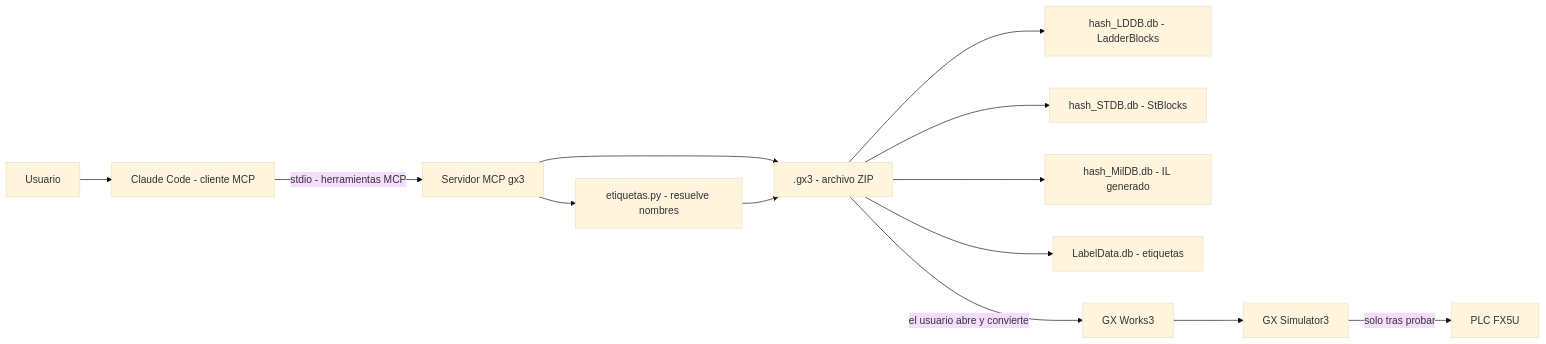
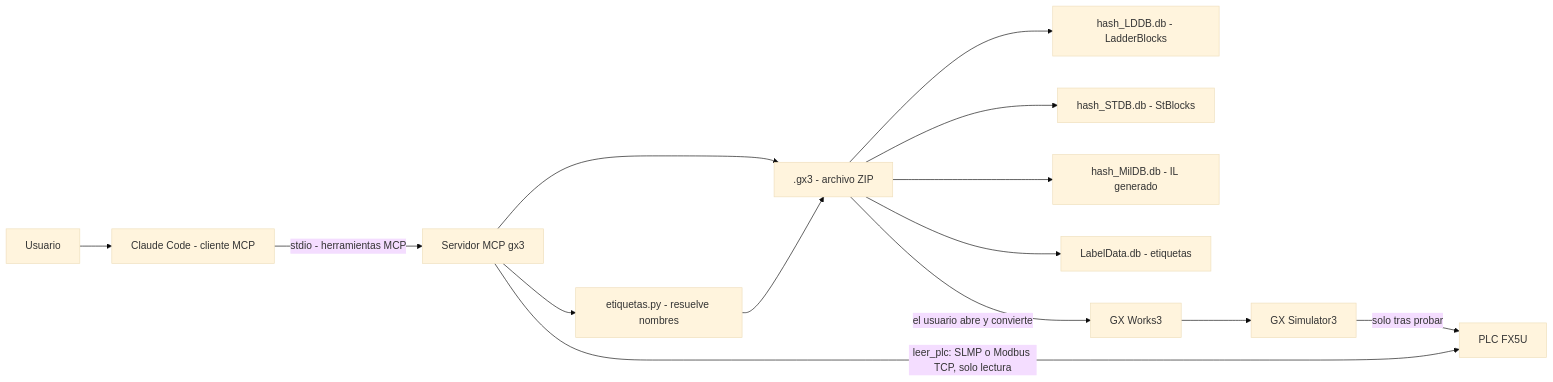
Before and after one commit to LegnA12/gx3-mcp: the second of 6 diagrams in README.md, drawn with Mermaid (base theme). The commit also changed other lines of this file and 3 other files, not shown here.

First line of the commit message:
feat: lectura en vivo del PLC por SLMP y Modbus/TCP

````diff
--- a/README.md
+++ b/README.md
@@ -119,15 +172,16 @@
 ```mermaid
 flowchart LR
     U["Usuario"] --> C["Claude Code - cliente MCP"]
     C -->|"stdio - herramientas MCP"| S["Servidor MCP gx3"]
     S --> E["etiquetas.py - resuelve nombres"]
     S --> Z[".gx3 - archivo ZIP"]
     E --> Z
     Z --> L["hash_LDDB.db - LadderBlocks"]
     Z --> T["hash_STDB.db - StBlocks"]
     Z --> M["hash_MilDB.db - IL generado"]
     Z --> D["LabelData.db - etiquetas"]
     Z -->|"el usuario abre y convierte"| G["GX Works3"]
     G --> SIM["GX Simulator3"]
     SIM -->|"solo tras probar"| P["PLC FX5U"]
+    S -->|"leer_plc: SLMP o Modbus TCP, solo lectura"| P
 ```
````
